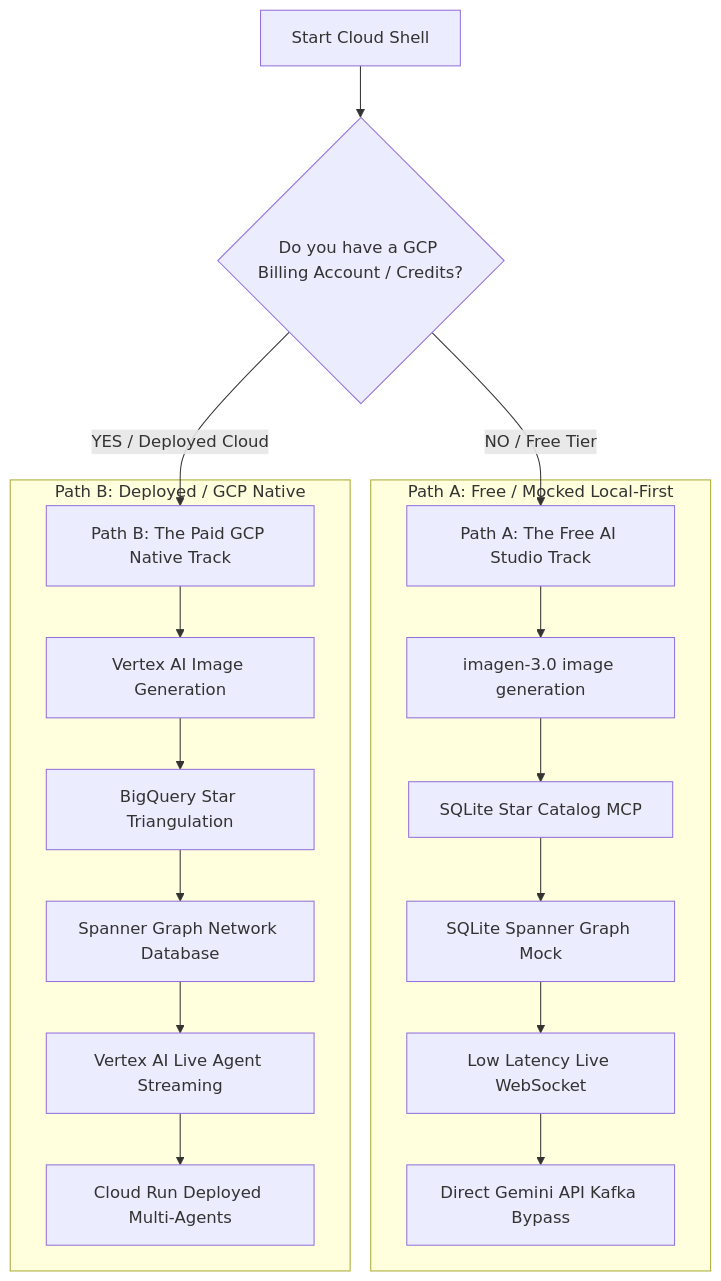
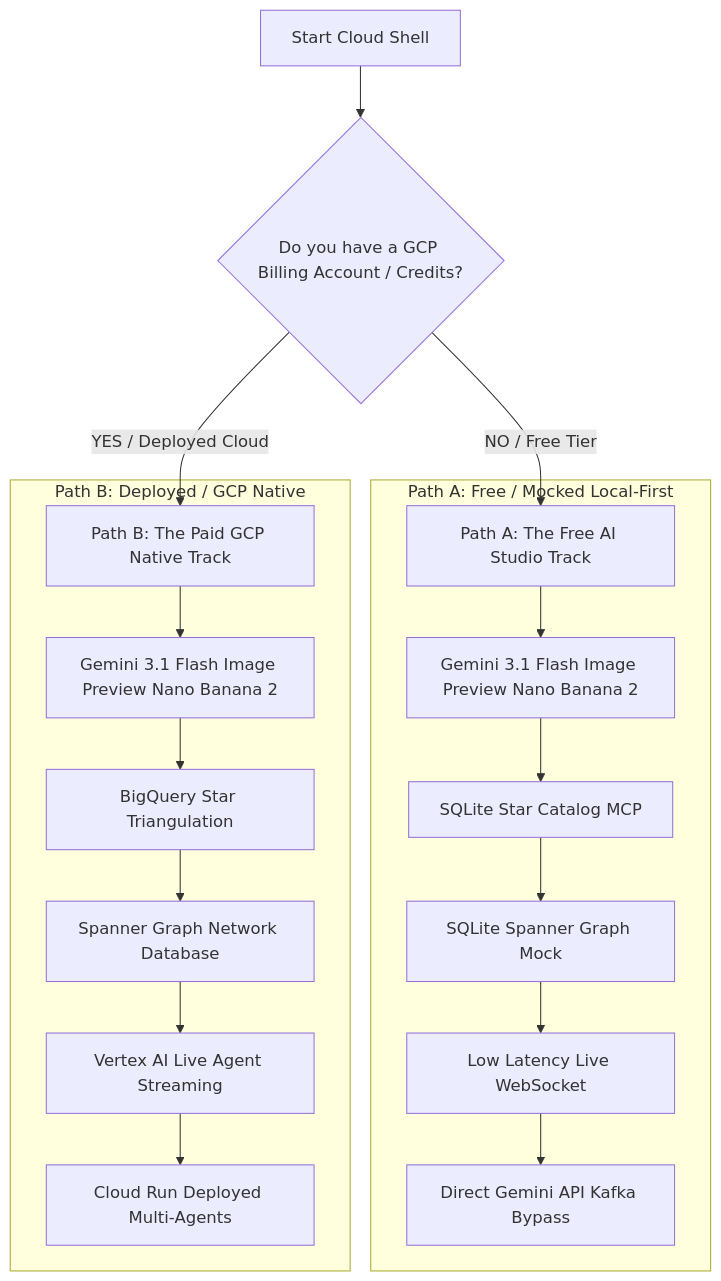
Before and after one commit to giterinhub/way-back-home: the diagram in Cloud_Console_Walkthrough.md, drawn with Mermaid. The commit also changed other lines of this file and 9 other files, not shown here.

Commit message:
Update models to latest preview versions and fix Nano Banana casing

````diff
--- a/Cloud_Console_Walkthrough.md
+++ b/Cloud_Console_Walkthrough.md
@@ -29,22 +29,22 @@
 ```mermaid
 graph TD
     A[Start Cloud Shell] --> B{Do you have a GCP Billing Account / Credits?}
     B -->|NO / Free Tier| C[Path A: The Free AI Studio Track]
     B -->|YES / Deployed Cloud| D[Path B: The Paid GCP Native Track]
     
     subgraph Path A: Free / Mocked Local-First
-        C --> C1[imagen-3.0 image generation]
+        C --> C1[Gemini 3.1 Flash Image Preview Nano Banana 2]
         C1 --> C2[SQLite Star Catalog MCP]
         C2 --> C3[SQLite Spanner Graph Mock]
         C3 --> C4[Low Latency Live WebSocket]
         C4 --> C5[Direct Gemini API Kafka Bypass]
     end
     
     subgraph Path B: Deployed / GCP Native
-        D --> D1[Vertex AI Image Generation]
+        D --> D1[Gemini 3.1 Flash Image Preview Nano Banana 2]
         D1 --> D2[BigQuery Star Triangulation]
         D2 --> D3[Spanner Graph Network Database]
         D3 --> D4[Vertex AI Live Agent Streaming]
         D4 --> D5[Cloud Run Deployed Multi-Agents]
     end
 ```
````
